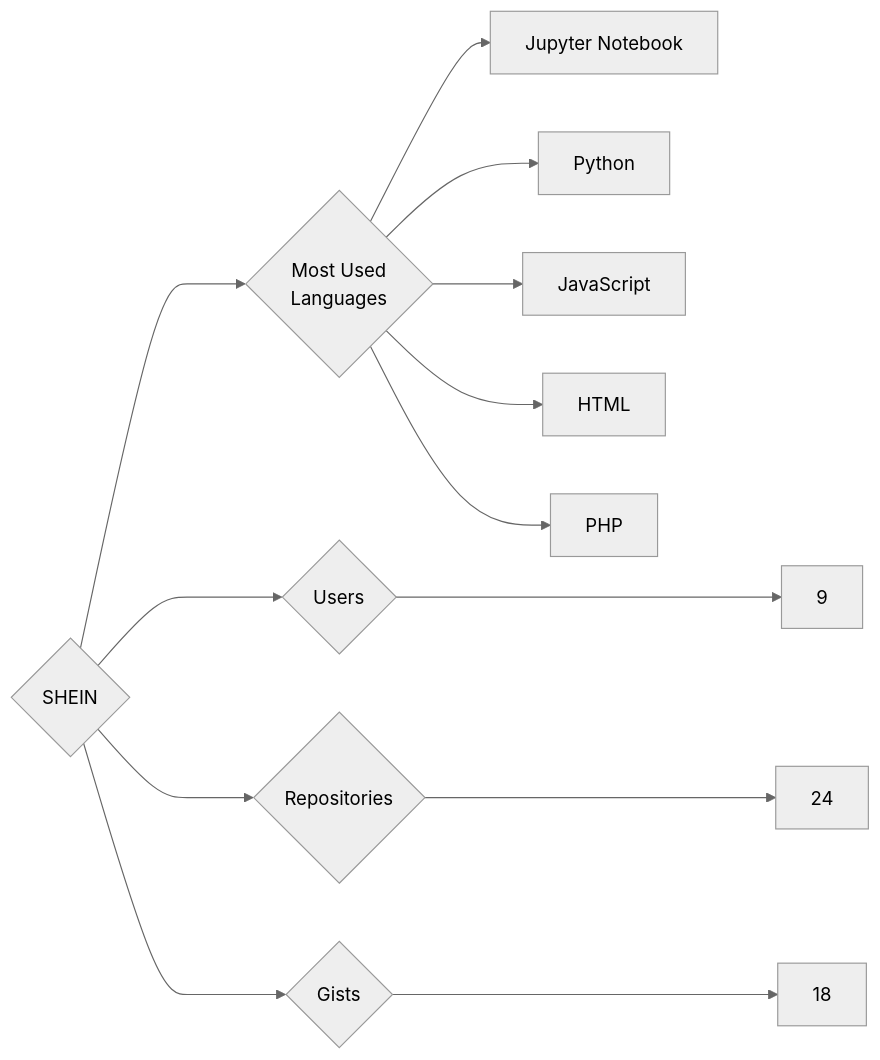
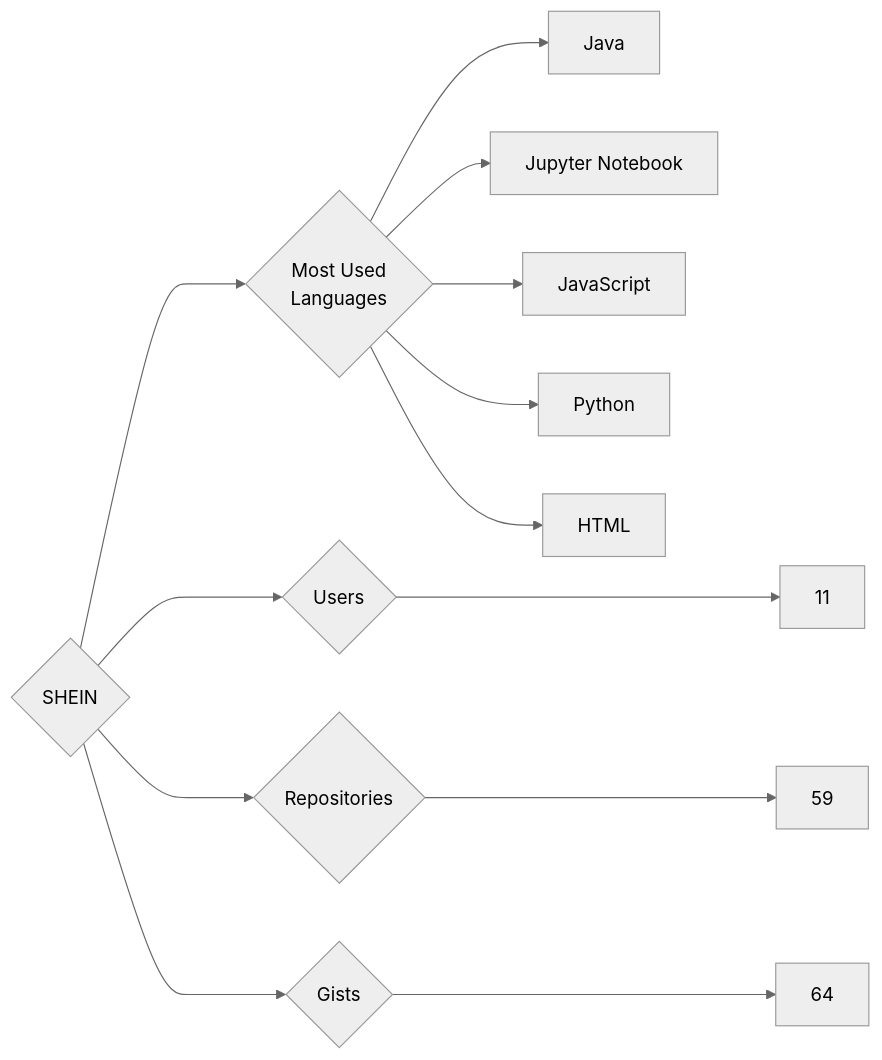
One commit to trickest/insiders changed the diagram in targets/SHEIN/README.md. Above: the diagram before and after it, drawn with Mermaid (neutral theme). The commit also changed 912 other files, not shown here.

````diff
--- a/targets/SHEIN/README.md
+++ b/targets/SHEIN/README.md
@@ -3,13 +3,13 @@
 ```mermaid
 graph LR
 COMPANY_NAME{SHEIN}
-COMPANY_NAME ---> U{Users} ---> UN[9]
-COMPANY_NAME ---> R{Repositories} ---> RN[24]
-COMPANY_NAME ---> G{Gists} ---> GN[18]
+COMPANY_NAME ---> U{Users} ---> UN[11]
+COMPANY_NAME ---> R{Repositories} ---> RN[59]
+COMPANY_NAME ---> G{Gists} ---> GN[64]
 COMPANY_NAME ---> ML{Most Used<br>Languages}
+ML --> Java[Java]
 ML --> Jupyter_Notebook[Jupyter Notebook]
+ML --> JavaScript[JavaScript]
 ML --> Python[Python]
-ML --> JavaScript[JavaScript]
 ML --> HTML[HTML]
-ML --> PHP[PHP]
 ```
````
